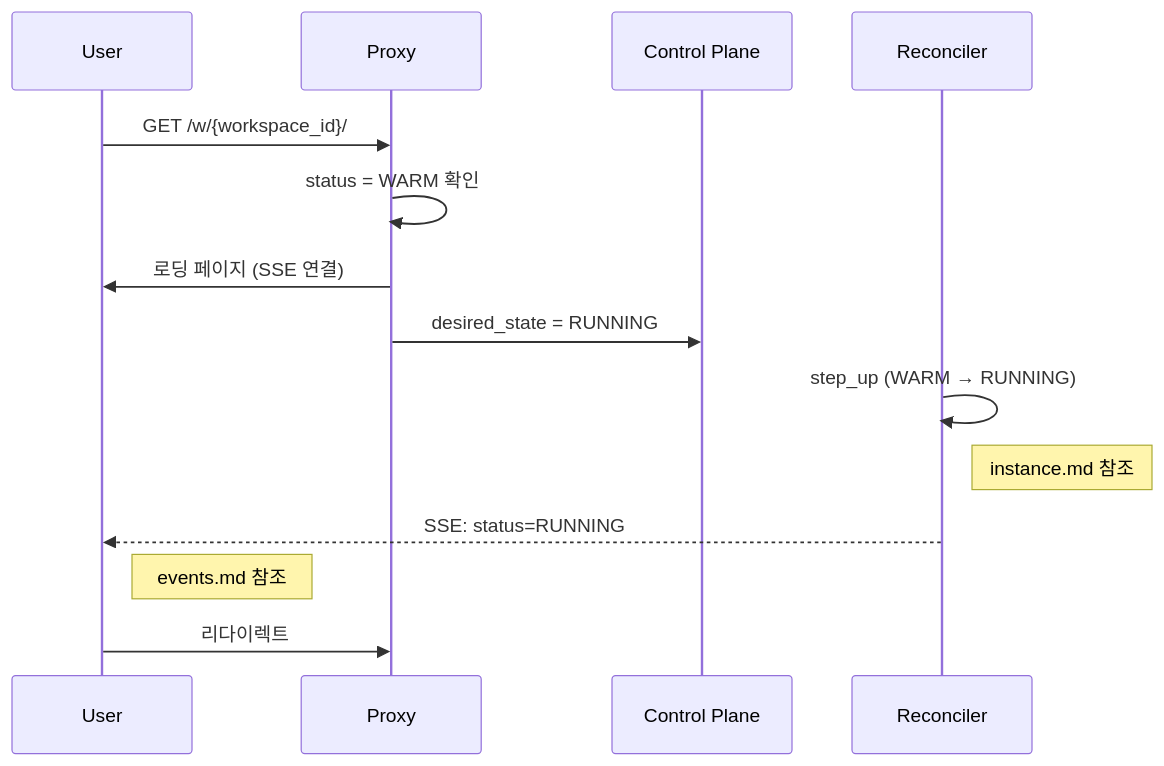
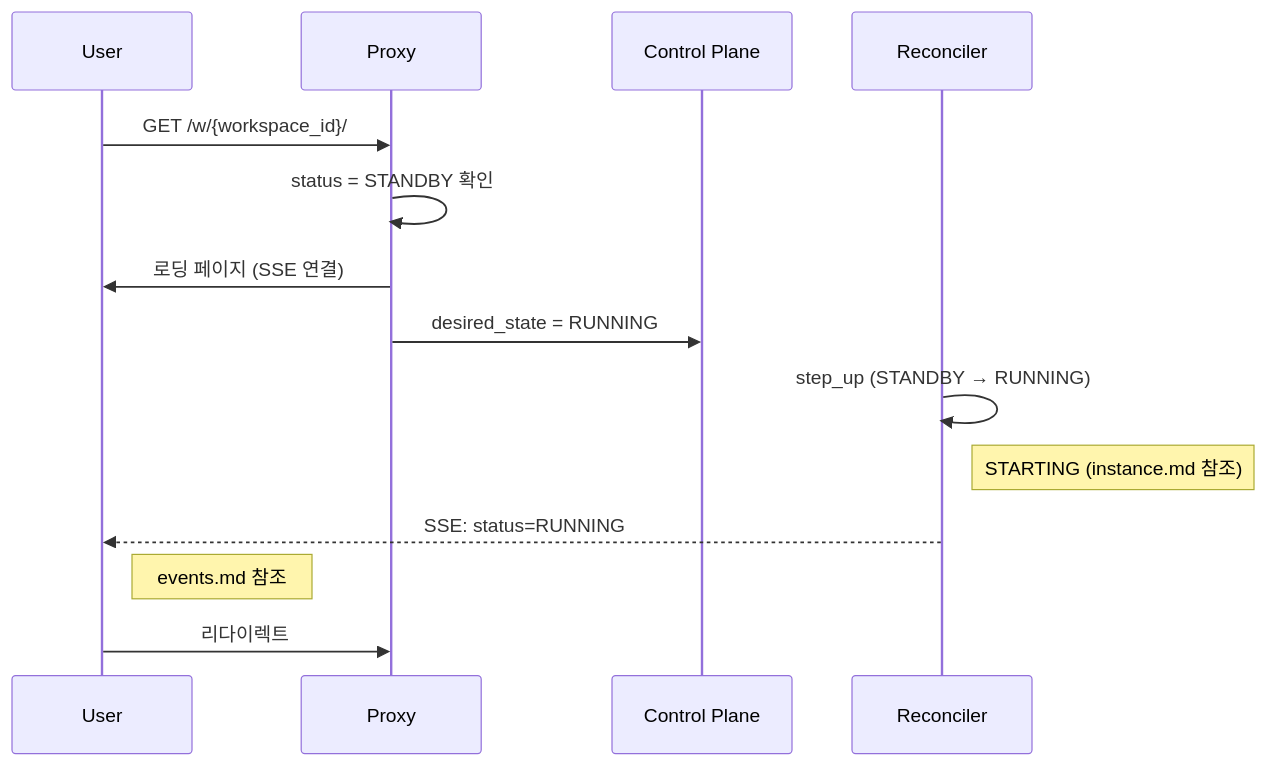
One commit to cagojeiger/code-hub changed the second of 9 diagrams in docs/spec_v2/flows.md. Above: the diagram before and after it, drawn with Mermaid. The commit also changed other lines of this file and 11 other files, not shown here.

````diff
--- a/docs/spec_v2/flows.md
+++ b/docs/spec_v2/flows.md
@@ -54,19 +54,19 @@
 ```mermaid
 sequenceDiagram
     participant U as User
     participant P as Proxy
     participant API as Control Plane
     participant R as Reconciler
 
     U->>P: GET /w/{workspace_id}/
-    P->>P: status = WARM 확인
+    P->>P: status = STANDBY 확인
     P->>U: 로딩 페이지 (SSE 연결)
     P->>API: desired_state = RUNNING
 
-    R->>R: step_up (WARM → RUNNING)
-    Note right of R: instance.md 참조
+    R->>R: step_up (STANDBY → RUNNING)
+    Note right of R: STARTING (instance.md 참조)
 
     R-->>U: SSE: status=RUNNING
     Note right of U: events.md 참조
     U->>P: 리다이렉트
 ```
````
